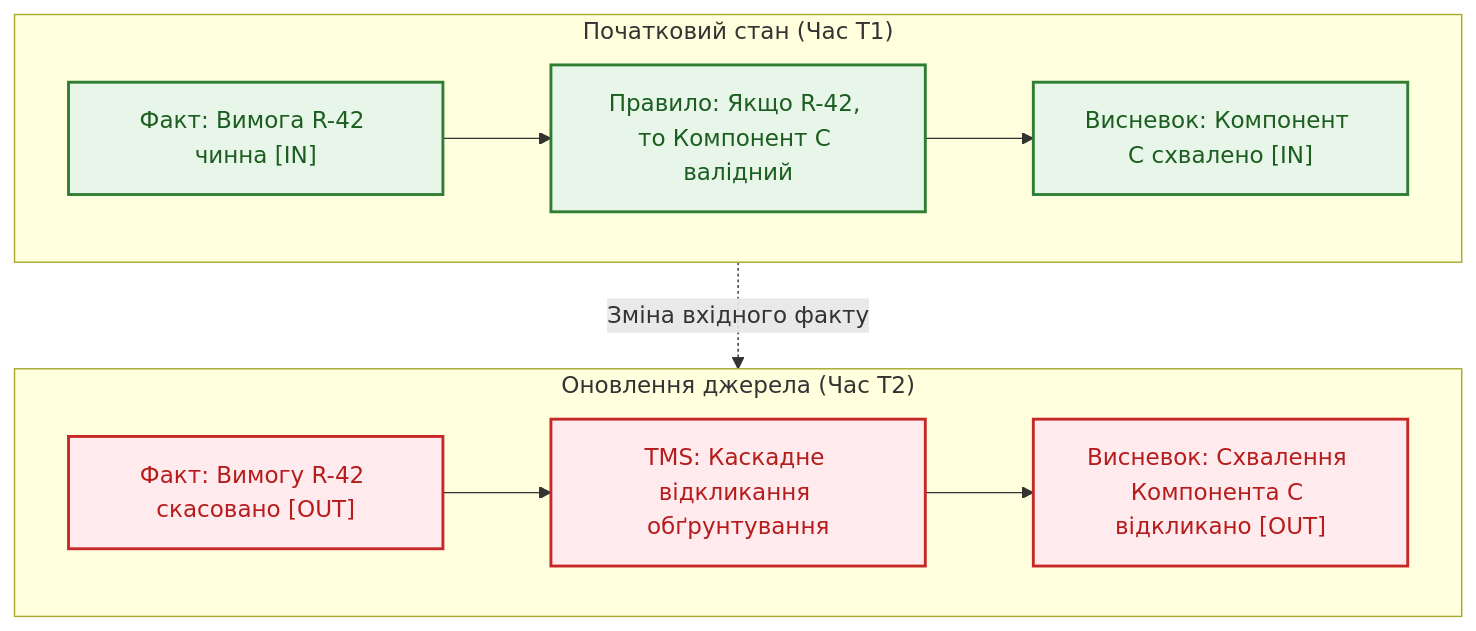
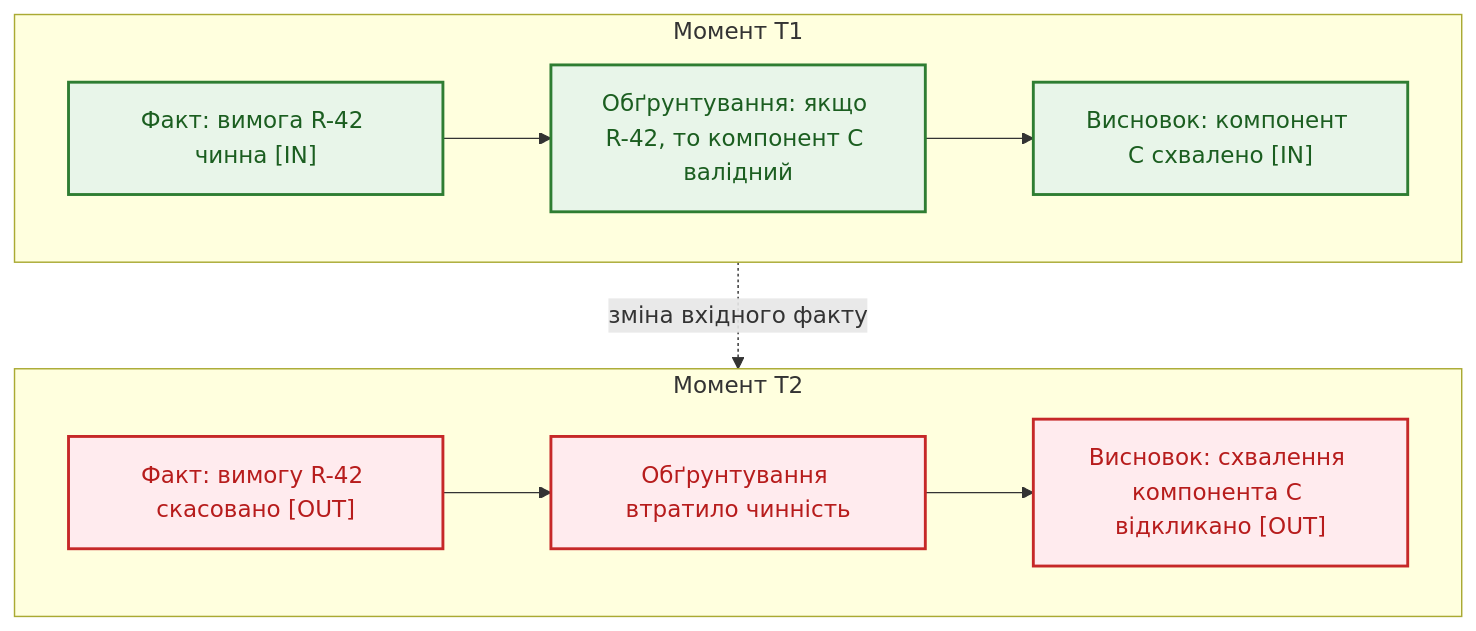
The fourth of 5 diagrams in ExpertSystem/ch16-expert-systems-architecture.md (nick-fedchik/articles), drawn with Mermaid before and after one commit. The commit also changed other lines of this file and 1 other file, not shown here.

````diff
--- a/ExpertSystem/ch16-expert-systems-architecture.md
+++ b/ExpertSystem/ch16-expert-systems-architecture.md
@@ -287,27 +256,27 @@
 ```mermaid
 flowchart TD
-    accTitle: Каскадна інвалідація фактів у підсистемі підтримання істинності
-    accDescr: Схема залежностей між первинним фактом, правилом та похідним висновком з автоматичним відкликанням статусу при зміні джерела.
+    accTitle: Відкликання висновку після зміни факту
+    accDescr: На момент T1 вимога R-42 чинна і висновок про схвалення компонента C має мітку IN; на момент T2 вимогу скасовано, обґрунтування втрачає чинність і висновок отримує мітку OUT.
 
-    subgraph T1["Початковий стан (Час T1)"]
-        F1["Факт: Вимога R-42 чинна [IN]"]
-        R1["Правило: Якщо R-42, то Компонент C валідний"]
-        C1["Висневок: Компонент C схвалено [IN]"]
+    subgraph T1["Момент T1"]
+        F1["Факт: вимога R-42 чинна [IN]"]
+        R1["Обґрунтування: якщо R-42, то компонент C валідний"]
+        C1["Висновок: компонент C схвалено [IN]"]
         F1 --> R1 --> C1
     end
 
-    subgraph T2["Оновлення джерела (Час T2)"]
-        F2["Факт: Вимогу R-42 скасовано [OUT]"]
-        R2["TMS: Каскадне відкликання обґрунтування"]
-        C2["Висневок: Схвалення Компонента C відкликано [OUT]"]
+    subgraph T2["Момент T2"]
+        F2["Факт: вимогу R-42 скасовано [OUT]"]
+        R2["Обґрунтування втратило чинність"]
+        C2["Висновок: схвалення компонента C відкликано [OUT]"]
         F2 --> R2 --> C2
     end
 
-    T1 -.->|"Зміна вхідного факту"| T2
+    T1 -.->|"зміна вхідного факту"| T2
 
     classDef valid fill:#e8f5e9,stroke:#2e7d32,stroke-width:2px,color:#1b5e20;
     classDef invalid fill:#ffebee,stroke:#c62828,stroke-width:2px,color:#b71c1c;
 
     class F1,R1,C1 valid;
     class F2,R2,C2 invalid;
 ```
````
